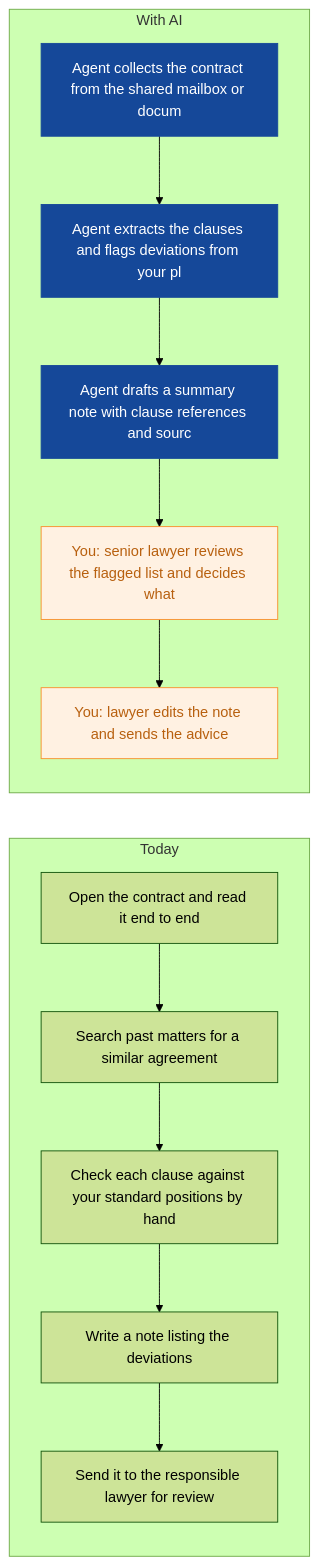
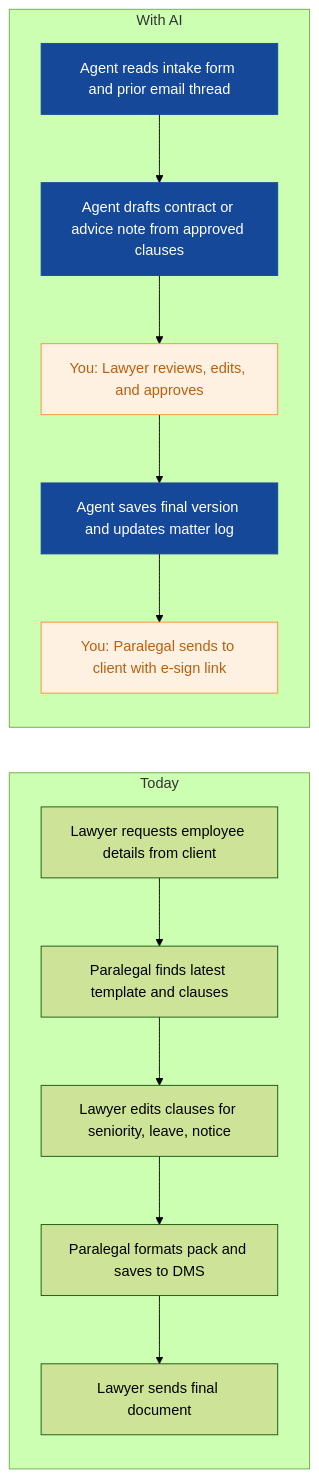
The first of 9 diagrams in strategies/lumen-legal.md (nexibeo/Complete-AI-Strategy), drawn with Mermaid (forest theme) before and after one commit. The commit also changed other lines of this file and 26 other files, not shown here.

````diff
--- a/strategies/lumen-legal.md
+++ b/strategies/lumen-legal.md
@@ -49,23 +53,23 @@
 ```mermaid
 flowchart LR
   subgraph Today
-    B0["Open the contract and read it end to end"]
-    B1["Search past matters for a similar agreement"]
-    B2["Check each clause against your standard positions by hand"]
-    B3["Write a note listing the deviations"]
-    B4["Send it to the responsible lawyer for review"]
+    B0["Lawyer requests employee details from client"]
+    B1["Paralegal finds latest template and clauses"]
+    B2["Lawyer edits clauses for seniority, leave, notice"]
+    B3["Paralegal formats pack and saves to DMS"]
+    B4["Lawyer sends final document"]
     B0 --> B1 --> B2 --> B3 --> B4
   end
   subgraph WithAI[With AI]
-    A0["Agent collects the contract from the shared mailbox or docum"]
-    A1["Agent extracts the clauses and flags deviations from your pl"]
-    A2["Agent drafts a summary note with clause references and sourc"]
-    A3["You: senior lawyer reviews the flagged list and decides what"]
-    A4["You: lawyer edits the note and sends the advice"]
+    A0["Agent reads intake form and prior email thread"]
+    A1["Agent drafts contract or advice note from approved clauses"]
+    A2["You: Lawyer reviews, edits, and approves"]
+    A3["Agent saves final version and updates matter log"]
+    A4["You: Paralegal sends to client with e-sign link"]
     A0 --> A1 --> A2 --> A3 --> A4
   end
   classDef ai fill:#154899,color:#fff,stroke:#154899
   classDef human fill:#FFF1E2,color:#B8600F,stroke:#F98F2C
-  class A0,A1,A2 ai
-  class A3,A4 human
+  class A0,A1,A3 ai
+  class A2,A4 human
 ```
````
